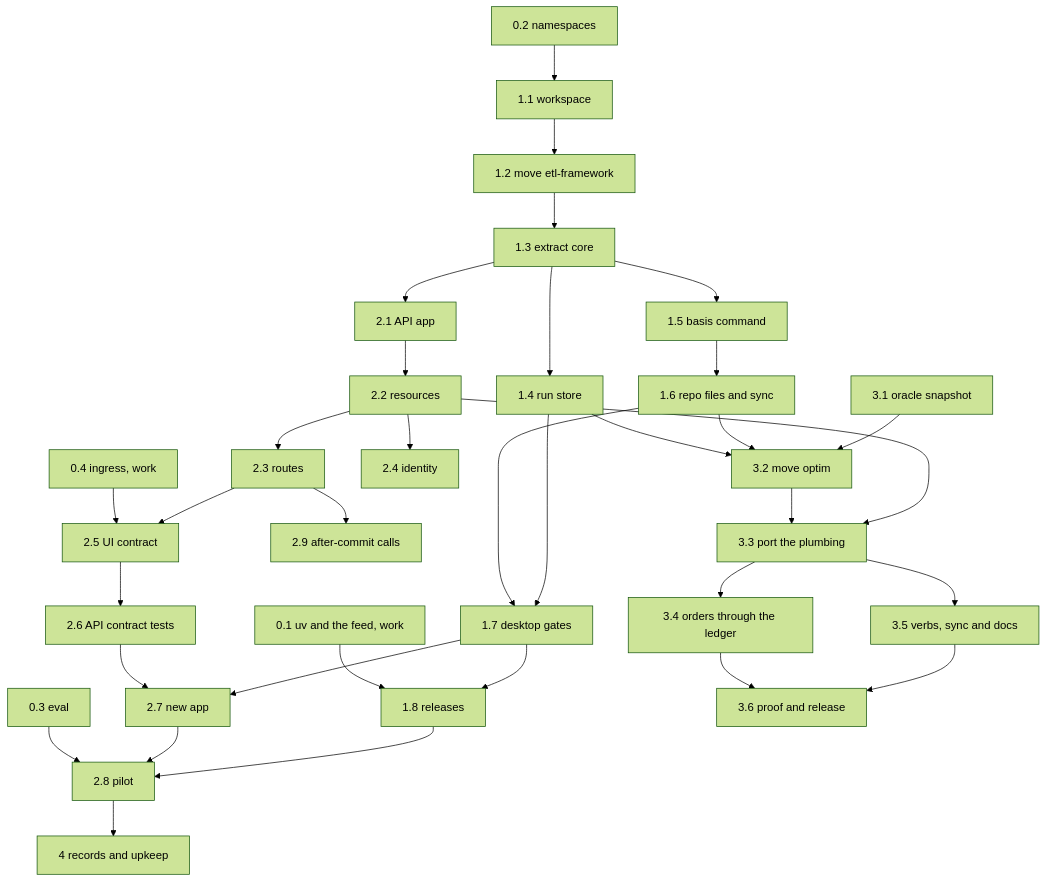
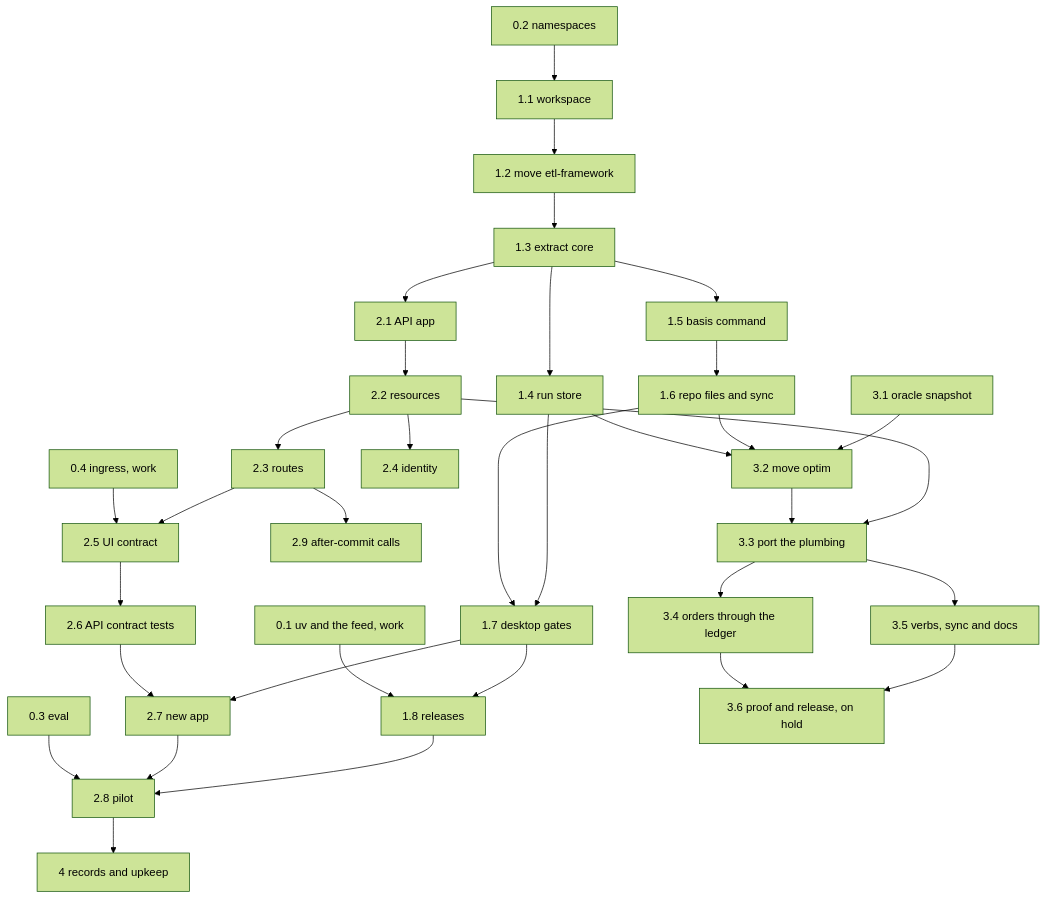
Before and after one commit to jacobragsdale/basis: the diagram in docs/roadmap.md, drawn with Mermaid (forest theme). The commit also changed other lines of this file and 2 other files, not shown here.

First line of the commit message:
The design and the roadmap: optim is provisional, 3.6 waits, 1.8 releases basis-core, basis-job and basis-api, and core is for no one part

````diff
--- a/docs/roadmap.md
+++ b/docs/roadmap.md
@@ -26,23 +27,23 @@
 ```mermaid
 flowchart TD
   s01[0.1 uv and the feed, work] --> r8[1.8 releases]
   s02[0.2 namespaces] --> r1[1.1 workspace]
   s03[0.3 eval] --> a8[2.8 pilot]
   s04[0.4 ingress, work] --> a5[2.5 UI contract]
   r1 --> r2[1.2 move etl-framework] --> r3[1.3 extract core]
   r3 --> r4[1.4 run store]
   r3 --> r5[1.5 basis command] --> r6[1.6 repo files and sync] --> r7[1.7 desktop gates]
   r4 --> r7
   r7 --> r8
   r3 --> a1[2.1 API app] --> a2[2.2 resources] --> a3[2.3 routes] --> a5 --> a6[2.6 API contract tests] --> a7[2.7 new app] --> a8
   a2 --> a4[2.4 identity]
   a3 --> a9[2.9 after-commit calls]
   r7 --> a7
   r8 --> a8
   r4 --> o2[3.2 move optim]
   r6 --> o2
-  o1[3.1 oracle snapshot] --> o2 --> o3[3.3 port the plumbing] --> o4[3.4 orders through the ledger] --> o6[3.6 proof and release]
+  o1[3.1 oracle snapshot] --> o2 --> o3[3.3 port the plumbing] --> o4[3.4 orders through the ledger] --> o6[3.6 proof and release, on hold]
   a2 --> o3
   o3 --> o5[3.5 verbs, sync and docs] --> o6
   a8 --> g[4 records and upkeep]
 ```
````
